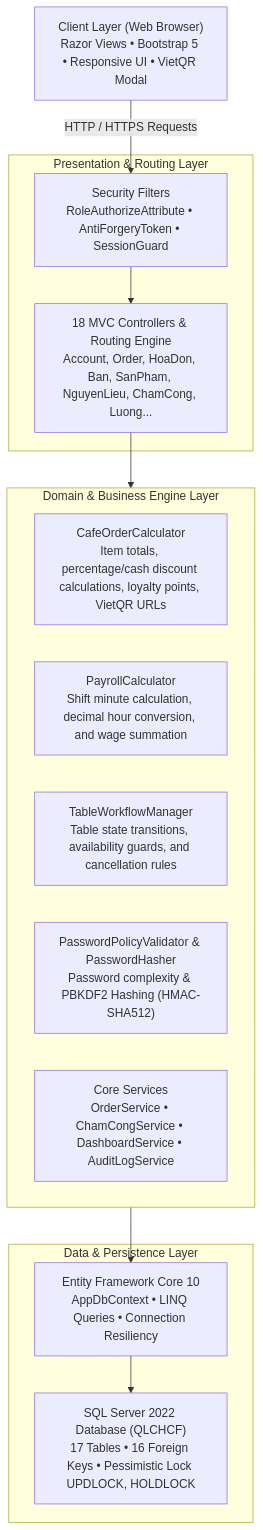
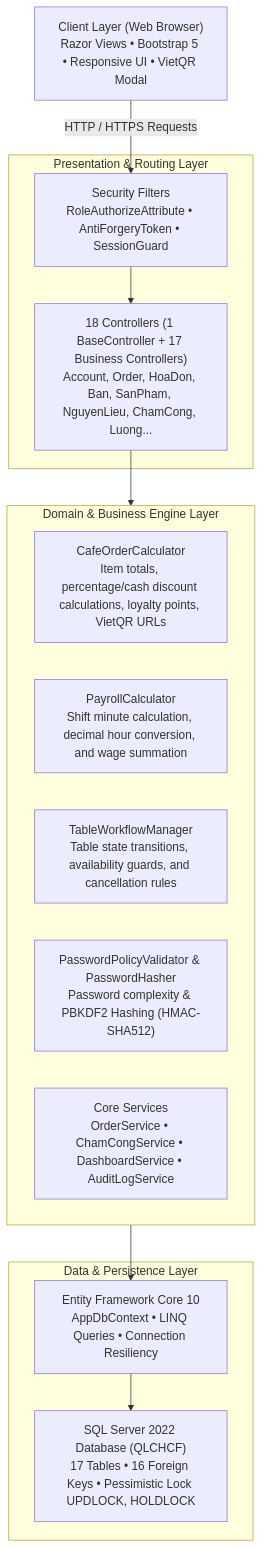
Before and after one commit to nguyenxp3n/WebQLCHCF: the first of 2 diagrams in README_en.md, drawn with Mermaid. The commit also changed other lines of this file and 12 other files, not shown here.

````diff
--- a/README_en.md
+++ b/README_en.md
@@ -16,28 +16,28 @@
 ```mermaid
 flowchart TD
     Client["Client Layer (Web Browser)\nRazor Views • Bootstrap 5 • Responsive UI • VietQR Modal"]
     
     subgraph Presentation ["Presentation & Routing Layer"]
-        Ctrl["18 MVC Controllers & Routing Engine\nAccount, Order, HoaDon, Ban, SanPham, NguyenLieu, ChamCong, Luong..."]
+        Ctrl["18 Controllers (1 BaseController + 17 Business Controllers)\nAccount, Order, HoaDon, Ban, SanPham, NguyenLieu, ChamCong, Luong..."]
         AuthFilter["Security Filters\nRoleAuthorizeAttribute • AntiForgeryToken • SessionGuard"]
     end
     
     subgraph Domain ["Domain & Business Engine Layer"]
         OrderCalc["CafeOrderCalculator\nItem totals, percentage/cash discount calculations, loyalty points, VietQR URLs"]
         PayrollCalc["PayrollCalculator\nShift minute calculation, decimal hour conversion, and wage summation"]
         TableWF["TableWorkflowManager\nTable state transitions, availability guards, and cancellation rules"]
         PassPolicy["PasswordPolicyValidator & PasswordHasher\nPassword complexity & PBKDF2 Hashing (HMAC-SHA512)"]
         Services["Core Services\nOrderService • ChamCongService • DashboardService • AuditLogService"]
     end
     
     subgraph Persistence ["Data & Persistence Layer"]
         EF["Entity Framework Core 10\nAppDbContext • LINQ Queries • Connection Resiliency"]
         SQL["SQL Server 2022 Database (QLCHCF)\n17 Tables • 16 Foreign Keys • Pessimistic Lock UPDLOCK, HOLDLOCK"]
     end
 
     Client -->|HTTP / HTTPS Requests| AuthFilter
     AuthFilter --> Ctrl
     Ctrl --> Domain
     Domain --> EF
     EF --> SQL
 ```
````
